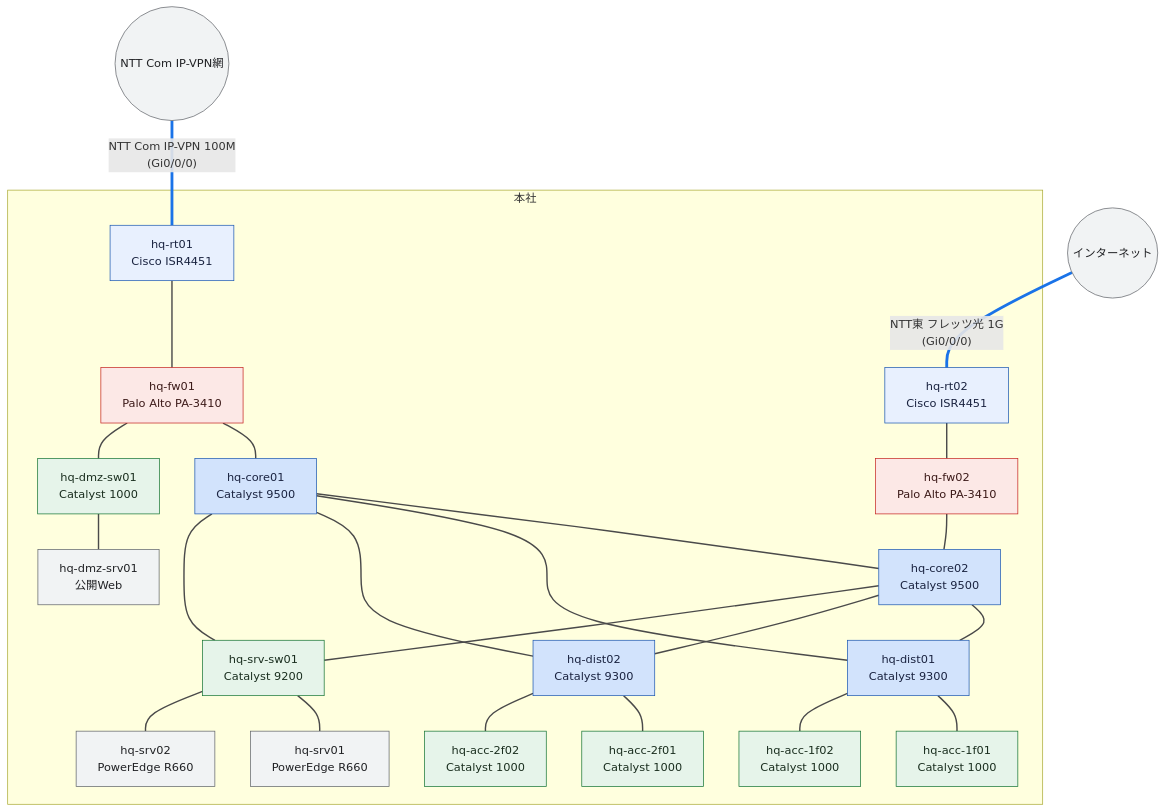
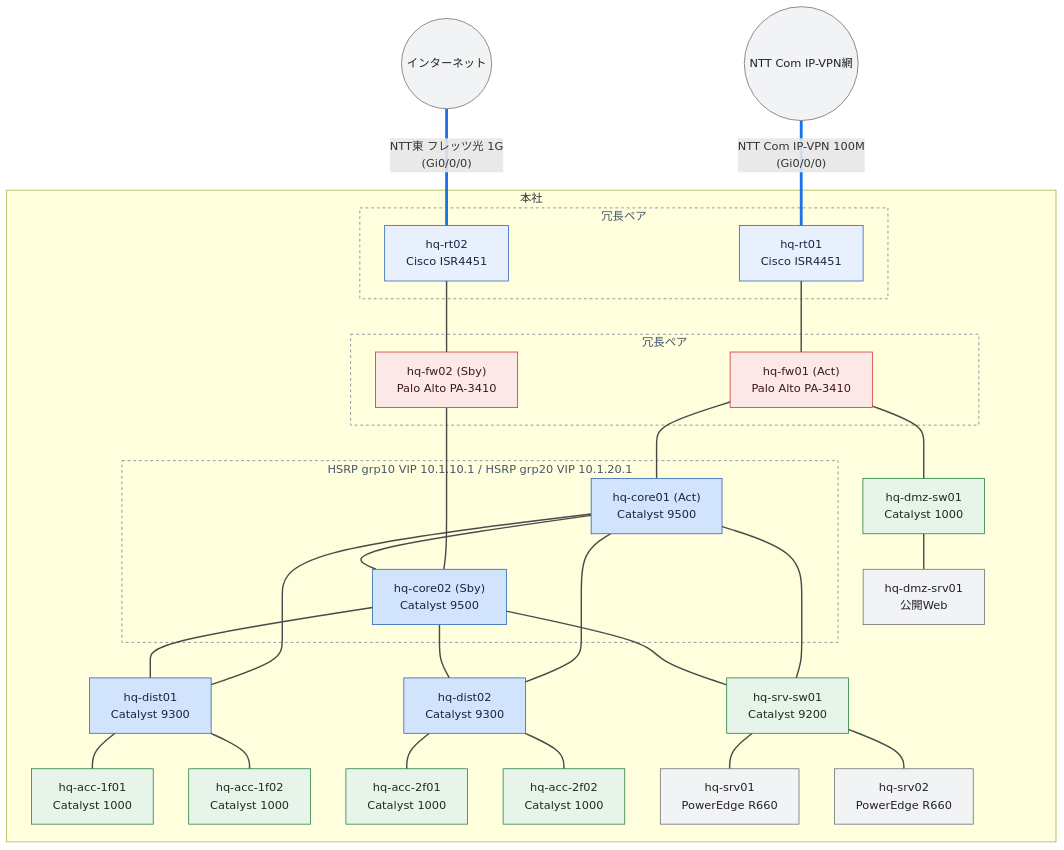
Before and after one commit to thinas1115/nwdsl: the diagram in examples/complex-lan/generated/hq-physical.mmd, drawn with Mermaid. The commit also changed 91 other files, not shown here.

```diff
--- a/examples/complex-lan/generated/hq-physical.mmd
+++ b/examples/complex-lan/generated/hq-physical.mmd
@@ -1,63 +1,72 @@
 flowchart TB
   subgraph sg_hq["本社"]
-    hq_rt01["hq-rt01<br>Cisco ISR4451"]
-    hq_rt02["hq-rt02<br>Cisco ISR4451"]
-    hq_fw01["hq-fw01<br>Palo Alto PA-3410"]
-    hq_fw02["hq-fw02<br>Palo Alto PA-3410"]
-    hq_core01["hq-core01<br>Catalyst 9500"]
-    hq_core02["hq-core02<br>Catalyst 9500"]
+    subgraph rg_hq_wan["冗長ペア"]
+      hq_rt01["hq-rt01<br>Cisco ISR4451"]
+      hq_rt02["hq-rt02<br>Cisco ISR4451"]
+    end
+    subgraph rg_hq_fw["冗長ペア"]
+      hq_fw01["hq-fw01 (Act)<br>Palo Alto PA-3410"]
+      hq_fw02["hq-fw02 (Sby)<br>Palo Alto PA-3410"]
+    end
+    subgraph rg_hq_core_v10__hq_core_v20["HSRP grp10 VIP 10.1.10.1 / HSRP grp20 VIP 10.1.20.1"]
+      hq_core01["hq-core01 (Act)<br>Catalyst 9500"]
+      hq_core02["hq-core02 (Sby)<br>Catalyst 9500"]
+    end
     hq_dist01["hq-dist01<br>Catalyst 9300"]
     hq_dist02["hq-dist02<br>Catalyst 9300"]
     hq_acc_1f01["hq-acc-1f01<br>Catalyst 1000"]
     hq_acc_1f02["hq-acc-1f02<br>Catalyst 1000"]
     hq_acc_2f01["hq-acc-2f01<br>Catalyst 1000"]
     hq_acc_2f02["hq-acc-2f02<br>Catalyst 1000"]
     hq_srv_sw01["hq-srv-sw01<br>Catalyst 9200"]
     hq_srv01["hq-srv01<br>PowerEdge R660"]
     hq_srv02["hq-srv02<br>PowerEdge R660"]
     hq_dmz_sw01["hq-dmz-sw01<br>Catalyst 1000"]
     hq_dmz_srv01["hq-dmz-srv01<br>公開Web"]
   end
   ipvpn(("NTT Com IP-VPN網"))
   internet(("インターネット"))
   ipvpn ---|"NTT Com IP-VPN 100M<br>(Gi0/0/0)"| hq_rt01
   internet ---|"NTT東 フレッツ光 1G<br>(Gi0/0/0)"| hq_rt02
   hq_rt01 --- hq_fw01
   hq_rt02 --- hq_fw02
   hq_fw01 --- hq_core01
   hq_fw02 --- hq_core02
   hq_core01 --- hq_core02
   hq_core01 --- hq_dist01
   hq_core02 --- hq_dist01
   hq_core01 --- hq_dist02
   hq_core02 --- hq_dist02
   hq_dist01 --- hq_acc_1f01
   hq_dist01 --- hq_acc_1f02
   hq_dist02 --- hq_acc_2f01
   hq_dist02 --- hq_acc_2f02
   hq_core01 --- hq_srv_sw01
   hq_core02 --- hq_srv_sw01
   hq_srv_sw01 --- hq_srv01
   hq_srv_sw01 --- hq_srv02
   hq_fw01 --- hq_dmz_sw01
   hq_dmz_sw01 --- hq_dmz_srv01
 
   classDef node_dim fill:#f8f9fa,stroke:#dadce0,color:#bdc1c6
   classDef node_failed fill:#fce8e6,stroke:#c5221f,color:#3c1a19
   classDef role_router fill:#e8f0fe,stroke:#1a56b0,color:#1a2340
   classDef role_l3switch fill:#d2e3fc,stroke:#1a56b0,color:#1a2340
   classDef role_l2switch fill:#e6f4ea,stroke:#137333,color:#1a2e1f
   classDef role_firewall fill:#fce8e6,stroke:#c5221f,color:#3c1a19
   classDef role_other fill:#f1f3f4,stroke:#5f6368,color:#202124
   classDef node_cloud fill:#f1f3f4,stroke:#5f6368,color:#202124
   classDef node_site fill:#fff8e1,stroke:#b58105,color:#4a3a08
   classDef node_segment fill:#e2f5f0,stroke:#0f766e,color:#0b3d38
   classDef node_external fill:#ffffff,stroke:#9aa0a6,stroke-dasharray:3 3,color:#5f6368
   class hq_rt01,hq_rt02 role_router
   class ipvpn,internet node_cloud
   class hq_fw01,hq_fw02 role_firewall
   class hq_core01,hq_core02,hq_dist01,hq_dist02 role_l3switch
   class hq_acc_1f01,hq_acc_1f02,hq_acc_2f01,hq_acc_2f02,hq_srv_sw01,hq_dmz_sw01 role_l2switch
   class hq_srv01,hq_srv02,hq_dmz_srv01 role_other
   linkStyle 0,1 stroke:#1a73e8,stroke-width:4px
   linkStyle 2,3,4,5,6,7,8,9,10,11,12,13,14,15,16,17,18,19,20 stroke:#4a4a4a,stroke-width:2px
+  style rg_hq_wan fill:none,stroke:#64748b,stroke-dasharray:4 4,color:#475569
+  style rg_hq_fw fill:none,stroke:#64748b,stroke-dasharray:4 4,color:#475569
+  style rg_hq_core_v10__hq_core_v20 fill:none,stroke:#64748b,stroke-dasharray:4 4,color:#475569
```
